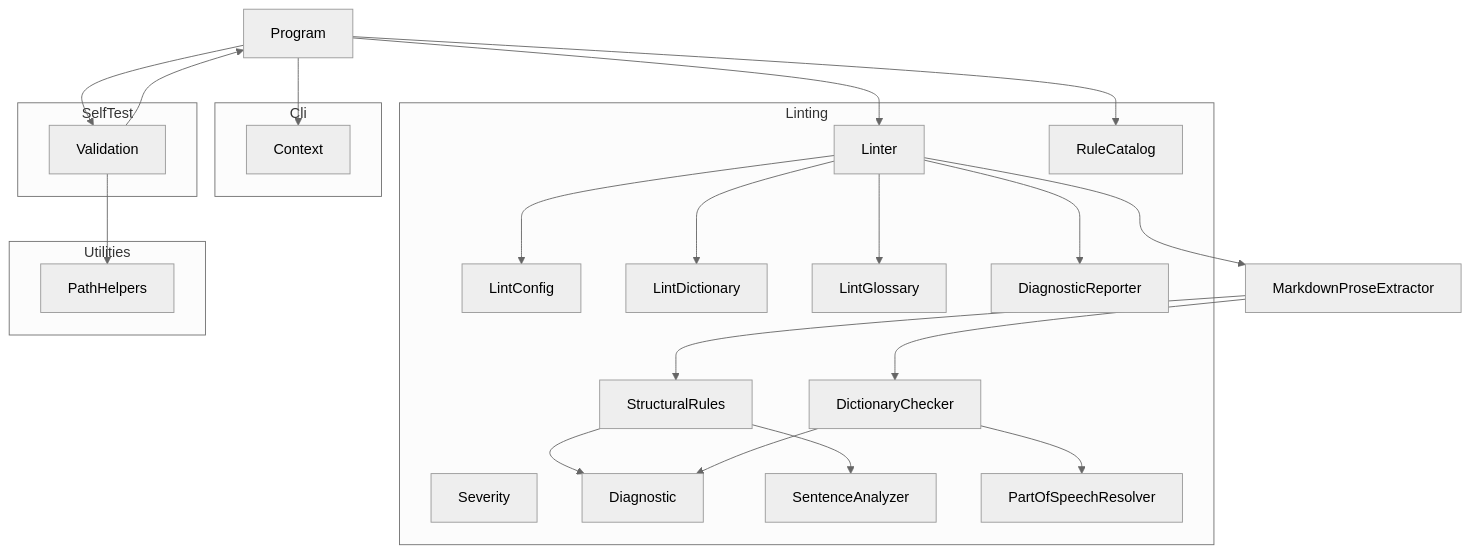
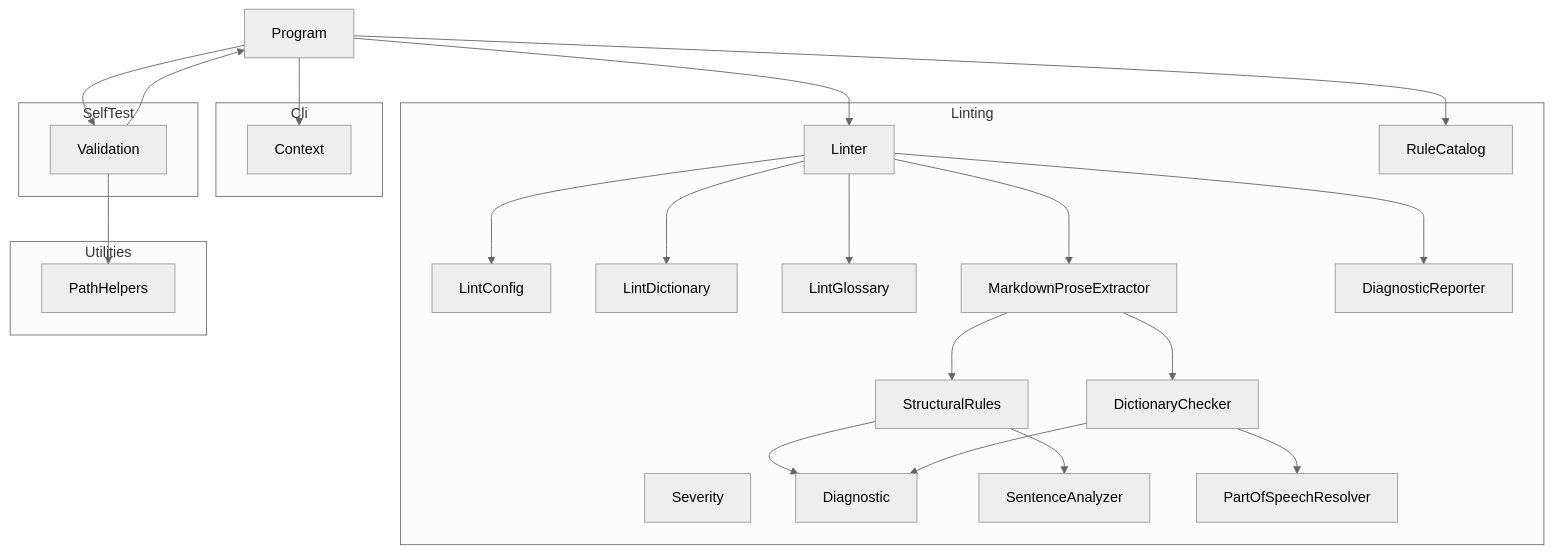
One commit to demaconsulting/Ste100Mark changed the diagram in docs/design/ste100-mark.md. Above: the diagram before and after it, drawn with Mermaid (neutral theme). The commit also changed 2 other files, not shown here.

Commit message:
Address review: unreachable probe, duplicate-form diagnostics, design diagram

````diff
--- a/docs/design/ste100-mark.md
+++ b/docs/design/ste100-mark.md
@@ -11,44 +11,45 @@
 ```mermaid
 flowchart TD
     Program
     subgraph Cli
         Context
     end
     subgraph Linting
         Severity
         Diagnostic
         LintConfig
         LintDictionary
         LintGlossary
+        MarkdownProseExtractor
         SentenceAnalyzer
         StructuralRules
         DictionaryChecker
         PartOfSpeechResolver
         DiagnosticReporter
         Linter
         RuleCatalog
     end
     subgraph SelfTest
         Validation
     end
     subgraph Utilities
         PathHelpers
     end
     Program --> Context
     Program --> Linter
     Program --> Validation
     Program --> RuleCatalog
     Validation --> Program
     Validation --> PathHelpers
     Linter --> LintConfig
     Linter --> LintDictionary
     Linter --> LintGlossary
     Linter --> MarkdownProseExtractor
     MarkdownProseExtractor --> StructuralRules
     MarkdownProseExtractor --> DictionaryChecker
     StructuralRules --> SentenceAnalyzer
     StructuralRules --> Diagnostic
     DictionaryChecker --> Diagnostic
     DictionaryChecker --> PartOfSpeechResolver
     Linter --> DiagnosticReporter
 ```
````
